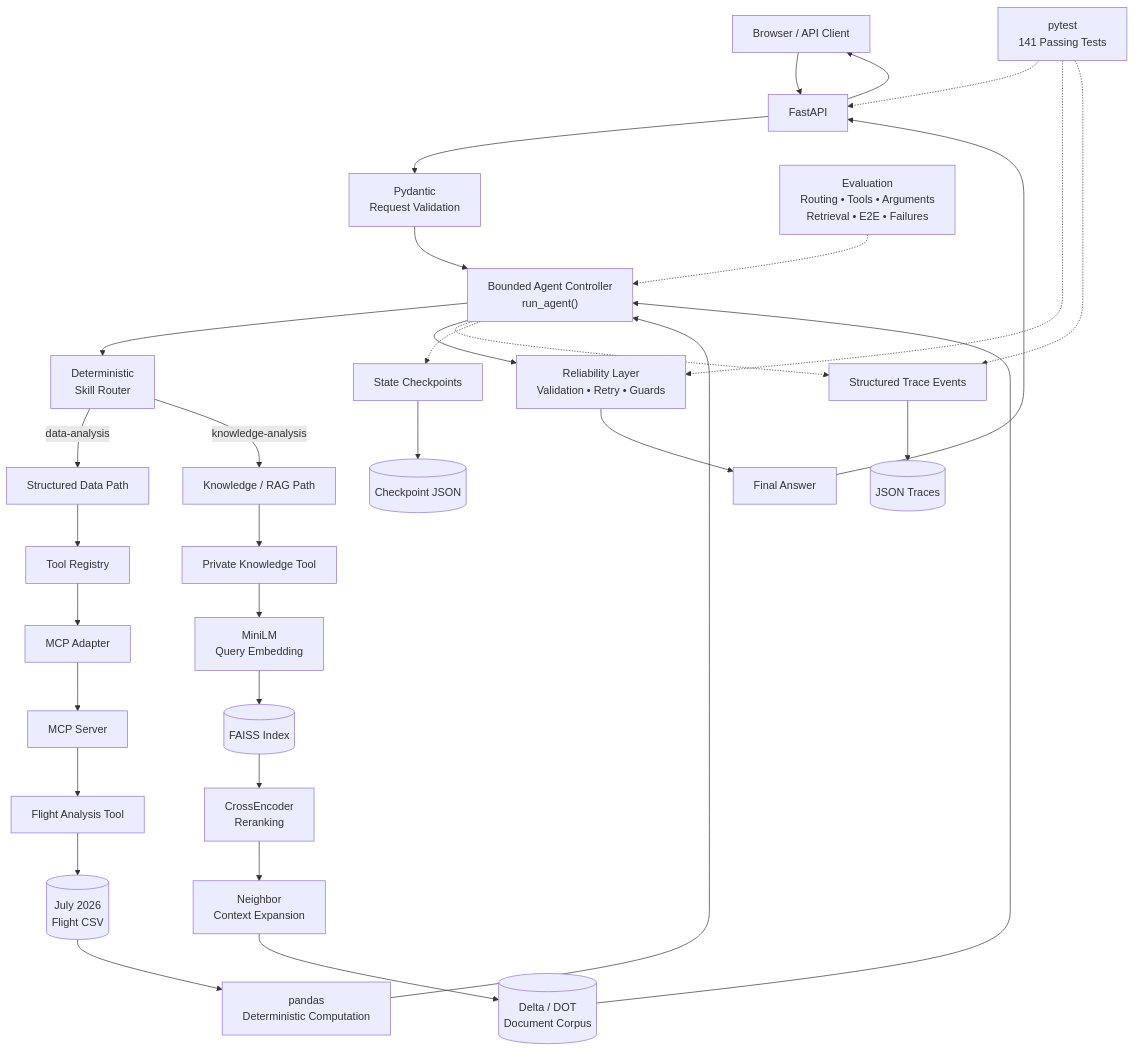
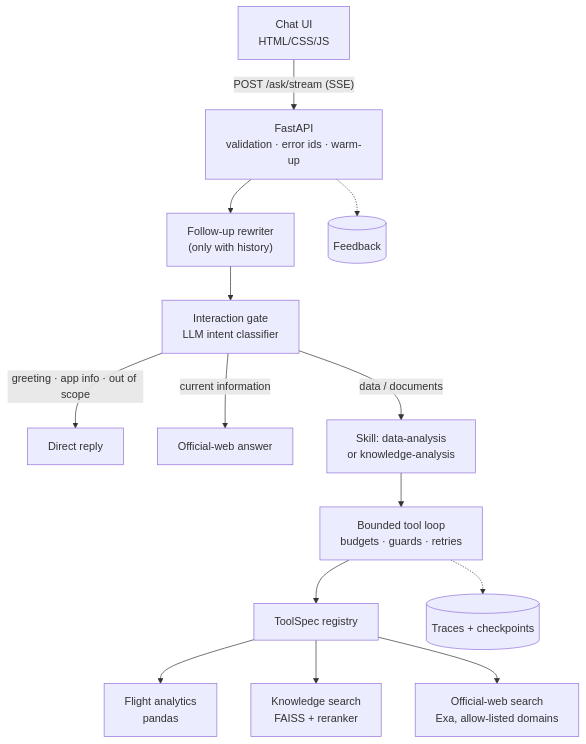
One commit to norochalise/agentic-airline-bi changed the diagram in docs/ARCHITECTURE.md. Above: the diagram before and after it, drawn with Mermaid. The commit also changed other lines of this file and 3 other files, not shown here.

First line of the commit message:
docs: rewrite architecture, evaluation and development docs for the final system

````diff
--- a/docs/ARCHITECTURE.md
+++ b/docs/ARCHITECTURE.md
@@ -50,49 +32,20 @@
 ```mermaid
 flowchart TB
-    USER["Browser / API Client"]
+    UI["Chat UI<br/>HTML/CSS/JS"] -->|"POST /ask/stream (SSE)"| API["FastAPI<br/>validation · error ids · warm-up"]
+    API --> FU["Follow-up rewriter<br/>(only with history)"]
+    FU --> GATE["Interaction gate<br/>LLM intent classifier"]
 
-    USER --> API["FastAPI"]
+    GATE -->|greeting · app info · out of scope| DIRECT["Direct reply"]
+    GATE -->|current information| CUR["Official-web answer"]
+    GATE -->|data / documents| SKILL["Skill: data-analysis<br/>or knowledge-analysis"]
 
-    API --> VALID["Pydantic<br/>Request Validation"]
-    VALID --> AGENT["Bounded Agent Controller<br/>run_agent()"]
+    SKILL --> LOOP["Bounded tool loop<br/>budgets · guards · retries"]
+    LOOP --> REG["ToolSpec registry"]
 
-    AGENT --> ROUTER["Deterministic<br/>Skill Router"]
+    REG --> T1["Flight analytics<br/>pandas"]
+    REG --> T2["Knowledge search<br/>FAISS + reranker"]
+    REG --> T3["Official-web search<br/>Exa, allow-listed domains"]
 
-    ROUTER -->|data-analysis| DATA["Structured Data Path"]
-    ROUTER -->|knowledge-analysis| KNOW["Knowledge / RAG Path"]
-
-    DATA --> REG["Tool Registry"]
-    REG --> MCP["MCP Adapter"]
-    MCP --> MCPS["MCP Server"]
-    MCPS --> FLIGHT["Flight Analysis Tool"]
-    FLIGHT --> CSV[("July 2026<br/>Flight CSV")]
-    CSV --> PANDAS["pandas<br/>Deterministic Computation"]
-
-    KNOW --> KTOOL["Private Knowledge Tool"]
-    KTOOL --> EMB["MiniLM<br/>Query Embedding"]
-    EMB --> FAISS[("FAISS Index")]
-    FAISS --> RERANK["CrossEncoder<br/>Reranking"]
-    RERANK --> NEIGHBOR["Neighbor<br/>Context Expansion"]
-    NEIGHBOR --> CORPUS[("Delta / DOT<br/>Document Corpus")]
-
-    PANDAS --> AGENT
-    CORPUS --> AGENT
-
-    AGENT --> REL["Reliability Layer<br/>Validation • Retry • Guards"]
-    REL --> ANSWER["Final Answer"]
-
-    AGENT -.-> TRACE["Structured Trace Events"]
-    TRACE --> TRACEFILE[("JSON Traces")]
-
-    AGENT -.-> CHECK["State Checkpoints"]
-    CHECK --> CHECKFILE[("Checkpoint JSON")]
-
-    ANSWER --> API
-    API --> USER
-
-    EVAL["Evaluation<br/>Routing • Tools • Arguments<br/>Retrieval • E2E • Failures"] -.-> AGENT
-
-    TEST["pytest<br/>141 Passing Tests"] -.-> API
-    TEST -.-> REL
-    TEST -.-> TRACE
+    LOOP -.-> STORE[("Traces + checkpoints")]
+    API -.-> FB[("Feedback")]
 ```
````
